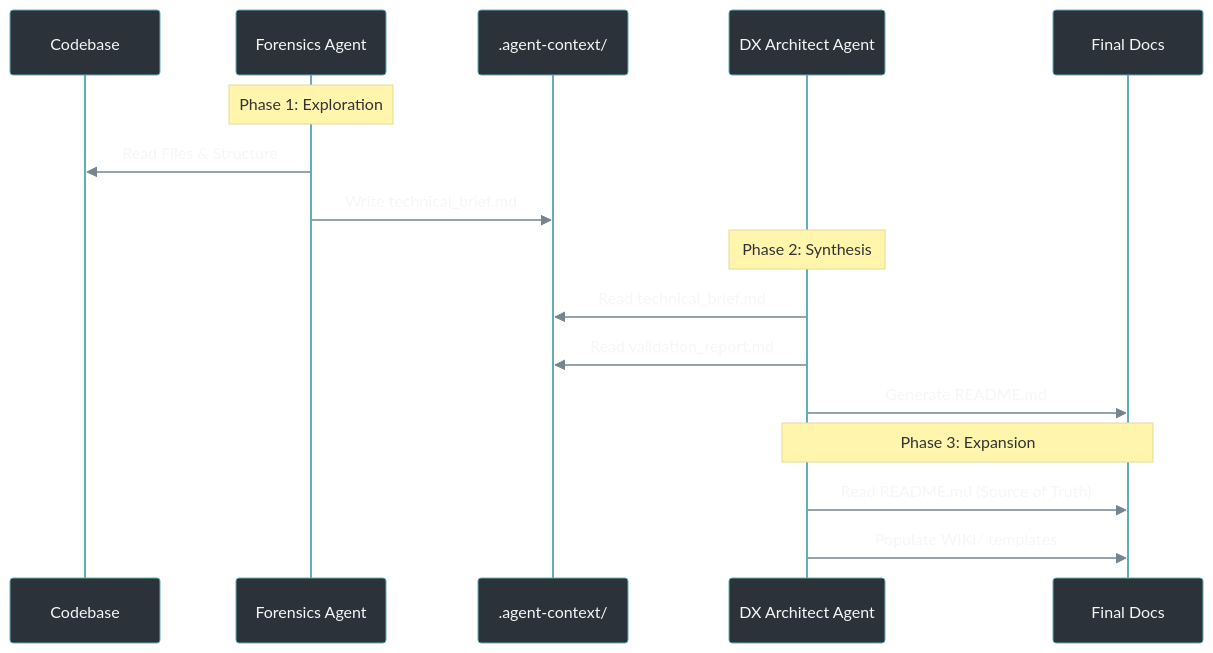
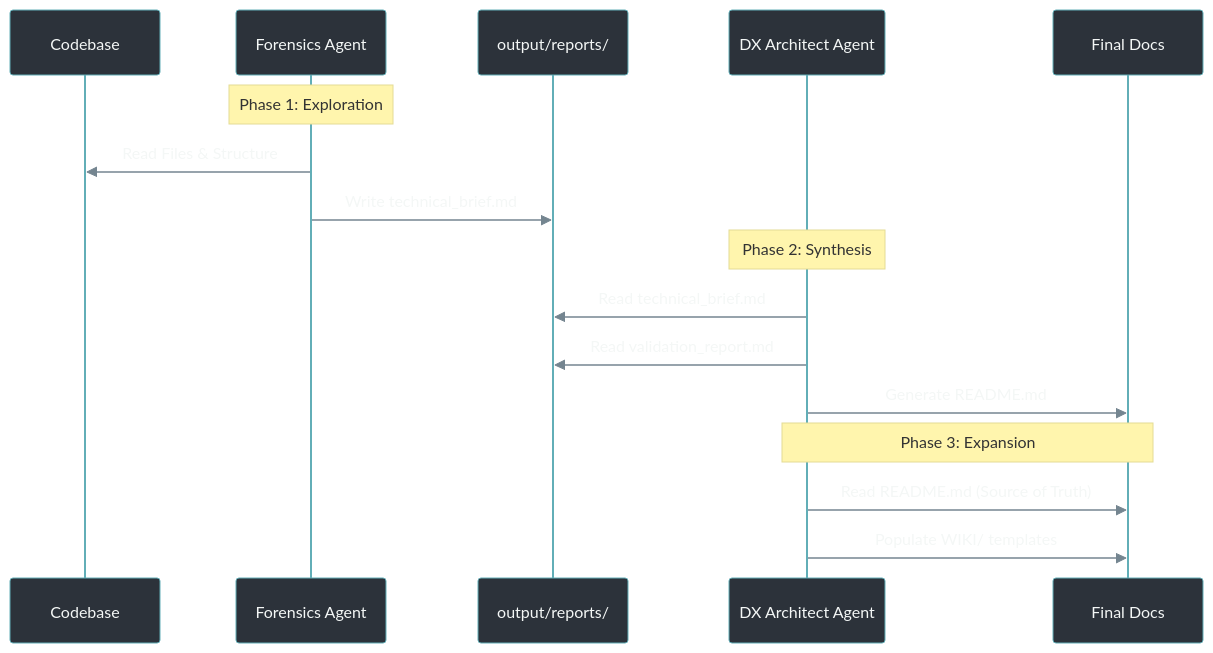
One commit to pr0methevs/agentic-doc-generator changed the second of 2 diagrams in README.md. Above: the diagram before and after it, drawn with Mermaid. The commit also changed other lines of this file and 9 other files, not shown here.

Commit message:
refactor: standardize agent output paths to `output/` directory and add initial wiki home page

````diff
--- a/README.md
+++ b/README.md
@@ -120,24 +120,24 @@
 ```mermaid
 sequenceDiagram
     %% Nordic Slate Theme Config
     %%{init: {'theme': 'base', 'themeVariables': { 'primaryColor': '#395671', 'primaryTextColor': '#f4f7f6', 'edgeLabelBackground':'#2c323a', 'actorBorder': '#62aeb7', 'actorBkg': '#2c323a', 'signalColor': '#748590', 'signalTextColor': '#f4f7f6', 'textColor': '#f4f7f6', 'mainBkg': '#2c323a', 'sequenceNumberColor': '#62aeb7', 'activationBorderColor': '#62aeb7'}}}%%
     
     participant Repo as Codebase
     participant Forensics as Forensics Agent
-    participant Context as .agent-context/
+    participant Context as output/reports/
     participant DX as DX Architect Agent
     participant Docs as Final Docs
 
     Note over Forensics: Phase 1: Exploration
     Forensics->>Repo: Read Files & Structure
     Forensics->>Context: Write technical_brief.md
     
     Note over DX: Phase 2: Synthesis
     DX->>Context: Read technical_brief.md
     DX->>Context: Read validation_report.md
     DX->>Docs: Generate README.md
     
     Note over DX, Docs: Phase 3: Expansion
     DX->>Docs: Read README.md (Source of Truth)
     DX->>Docs: Populate WIKI/ templates
 ```
````
